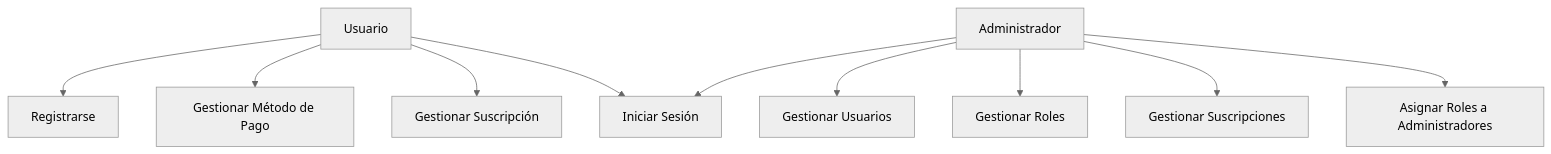
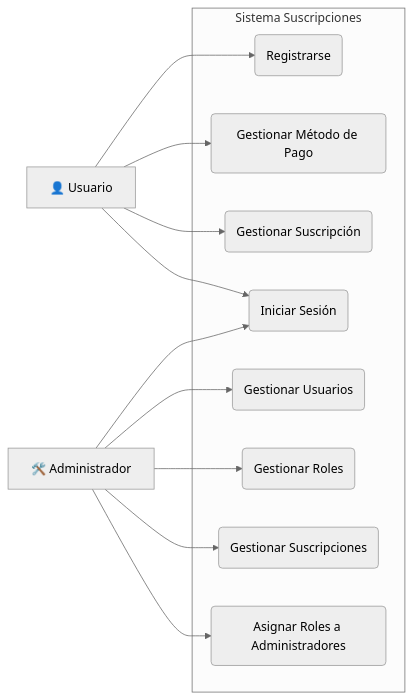
Before and after one commit to ComfyPenguin/Bloste-Docs: the second of 2 diagrams in docs/pasarela-pagos.md, drawn with Mermaid (neutral theme).

Commit message:
Modificado diagrama CU pasarela-pagos, prettier

````diff
--- a/docs/pasarela-pagos.md
+++ b/docs/pasarela-pagos.md
@@ -62,23 +62,27 @@
 ```mermaid
-graph TD
+flowchart LR
 
-    UC1[Registrarse]
-    UC2[Gestionar Método de Pago]
-    UC3[Gestionar Suscripción]
-    UC4[Iniciar Sesión]
-    UC5[Gestionar Usuarios]
-    UC6[Gestionar Roles]
-    UC7[Gestionar Suscripciones]
-    UC8[Asignar Roles a Administradores]
+    Usuario[👤 Usuario]
+    Admin[🛠️ Administrador]
+    subgraph Sistema Suscripciones
+        UC1(Registrarse)
+        UC2(Gestionar Método de Pago)
+        UC3(Gestionar Suscripción)
+        UC4(Iniciar Sesión)
+        UC5(Gestionar Usuarios)
+        UC6(Gestionar Roles)
+        UC7(Gestionar Suscripciones)
+        UC8(Asignar Roles a Administradores)
+    end
 
     Usuario --> UC1
     Usuario --> UC2
     Usuario --> UC3
     Usuario --> UC4
 
-    Administrador --> UC4
-    Administrador --> UC5
-    Administrador --> UC6
-    Administrador --> UC7
-    Administrador --> UC8
+    Admin --> UC4
+    Admin --> UC5
+    Admin --> UC6
+    Admin --> UC7
+    Admin --> UC8
 ```
````
